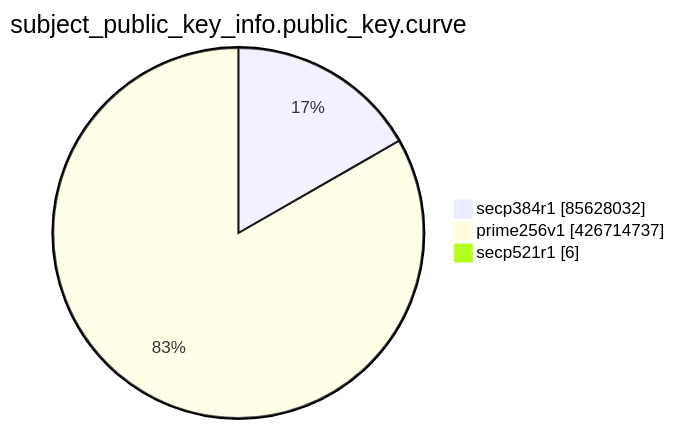
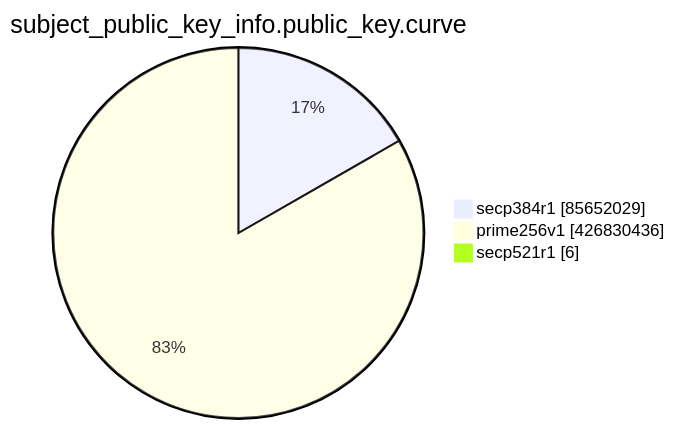
The eighth of 15 diagrams in TOTAL/README.md (christiankrug/ctmonitor_visualization), drawn with Mermaid before and after one commit. The commit also changed other lines of this file, not shown here.

````diff
--- a/TOTAL/README.md
+++ b/TOTAL/README.md
@@ -3100,7 +3100,7 @@
 ```mermaid
 pie showData
 title subject_public_key_info.public_key.curve
-"secp384r1" :85628032
-"prime256v1" :426714737
+"secp384r1" :85652029
+"prime256v1" :426830436
 "secp521r1" :6
 ```
````
